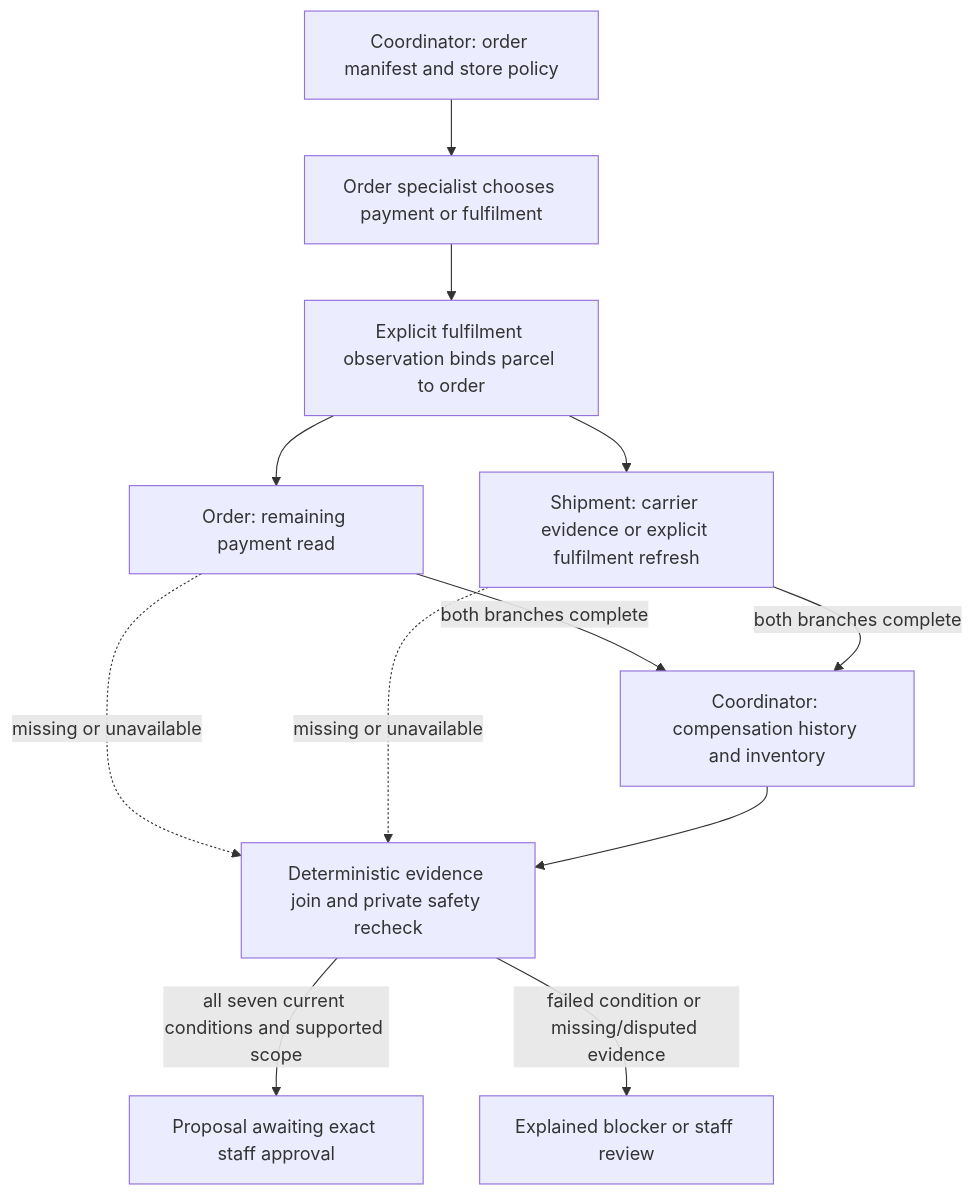
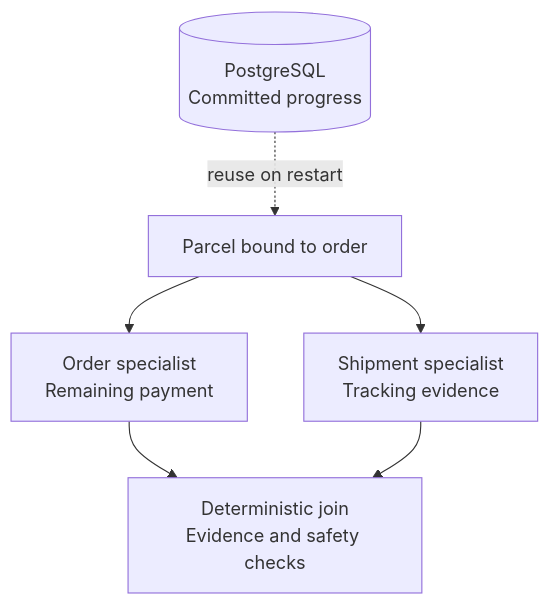
Before and after one commit to richardcheam/decisionops: the diagram in docs/ARCHITECTURE.md, drawn with Mermaid. The commit also changed other lines of this file and 21 other files, not shown here.

````diff
--- a/docs/ARCHITECTURE.md
+++ b/docs/ARCHITECTURE.md
@@ -30,14 +6,8 @@
 ```mermaid
 flowchart TD
-    M[Coordinator: order manifest and store policy] --> O[Order specialist chooses payment or fulfilment]
-    O --> B[Explicit fulfilment observation binds parcel to order]
-    B --> P[Order: remaining payment read]
-    B --> S[Shipment: carrier evidence or explicit fulfilment refresh]
-    P -->|both branches complete| C[Coordinator: compensation history and inventory]
-    S -->|both branches complete| C
-    P -. missing or unavailable .-> J
-    S -. missing or unavailable .-> J
-    C --> J[Deterministic evidence join and private safety recheck]
-    J -->|all seven current conditions and supported scope| Q[Proposal awaiting exact staff approval]
-    J -->|failed condition or missing/disputed evidence| R[Explained blocker or staff review]
+    D[(PostgreSQL<br/>Committed progress)] -. reuse on restart .-> B[Parcel bound to order]
+    B --> O[Order specialist<br/>Remaining payment]
+    B --> S[Shipment specialist<br/>Tracking evidence]
+    O --> J[Deterministic join<br/>Evidence and safety checks]
+    S --> J
 ```
````
